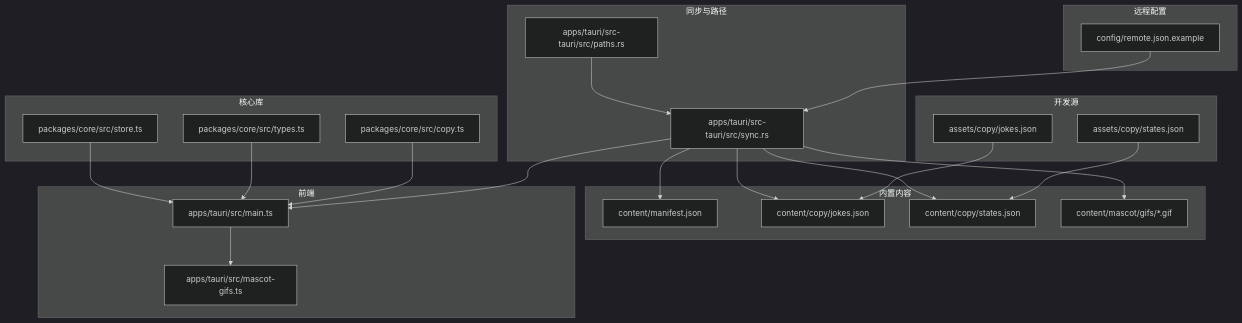
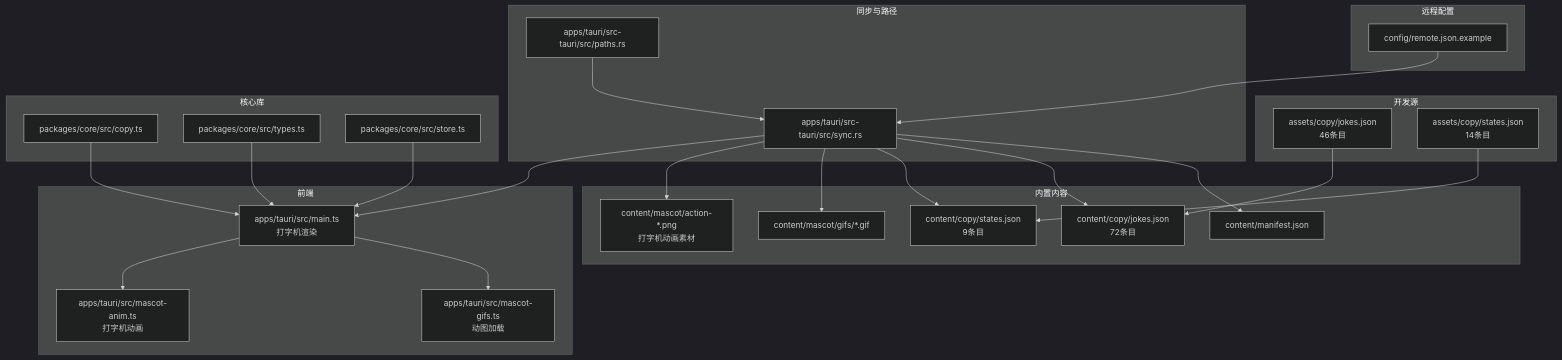
Before and after one commit to Sev73n/cursorq: the first of 4 diagrams in .qoder/repowiki/zh/content/资源管理/内容管理.md, drawn with Mermaid (dark theme). The commit also changed other lines of this file and 10 other files, not shown here.

````diff
--- a/.qoder/repowiki/zh/content/资源管理/内容管理.md
+++ b/.qoder/repowiki/zh/content/资源管理/内容管理.md
@@ -47,42 +58,46 @@
 ```mermaid
 graph TB
 subgraph "内置内容"
 M["content/manifest.json"]
-CJ["content/copy/jokes.json"]
-CS["content/copy/states.json"]
+CJ["content/copy/jokes.json<br/>72条目"]
+CS["content/copy/states.json<br/>9条目"]
 MG["content/mascot/gifs/*.gif"]
+MA["content/mascot/action-*.png<br/>打字机动画素材"]
 end
 subgraph "开发源"
-AJ["assets/copy/jokes.json"]
-AS["assets/copy/states.json"]
+AJ["assets/copy/jokes.json<br/>46条目"]
+AS["assets/copy/states.json<br/>14条目"]
 end
 subgraph "远程配置"
 RC["config/remote.json.example"]
 end
 subgraph "同步与路径"
 SR["apps/tauri/src-tauri/src/sync.rs"]
 PR["apps/tauri/src-tauri/src/paths.rs"]
 end
 subgraph "前端"
-FM["apps/tauri/src/main.ts"]
-MGIF["apps/tauri/src/mascot-gifs.ts"]
+FM["apps/tauri/src/main.ts<br/>打字机渲染"]
+MGIF["apps/tauri/src/mascot-gifs.ts<br/>动图加载"]
+MANIM["apps/tauri/src/mascot-anim.ts<br/>打字机动画"]
 end
 subgraph "核心库"
 CC["packages/core/src/copy.ts"]
 TT["packages/core/src/types.ts"]
 ST["packages/core/src/store.ts"]
 end
 AJ --> CJ
 AS --> CS
 RC --> SR
 PR --> SR
 SR --> M
 SR --> CJ
 SR --> CS
 SR --> MG
+SR --> MA
 SR --> FM
 FM --> MGIF
+FM --> MANIM
 CC --> FM
 TT --> FM
 ST --> FM
 ```
````
